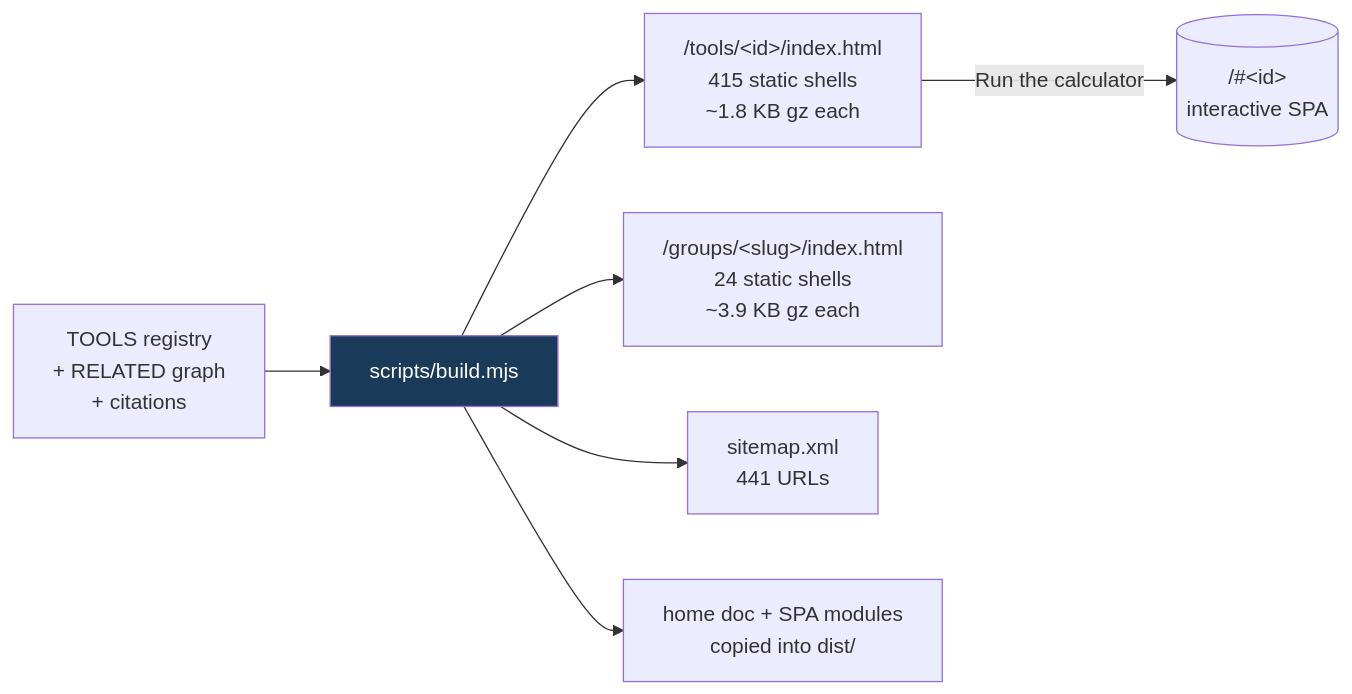
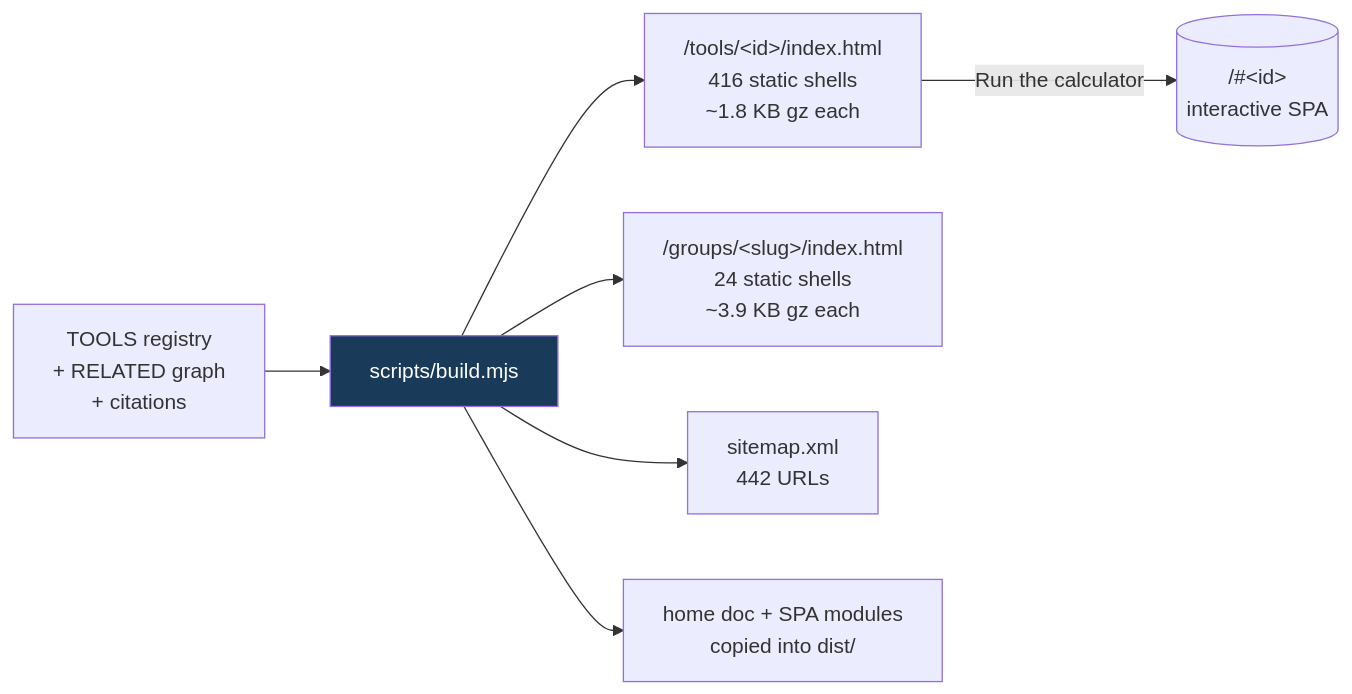
One commit to clay-good/roughlogic.com changed the third of 5 diagrams in README.md. Above: the diagram before and after it, drawn with Mermaid. The commit also changed other lines of this file and 15 other files, not shown here.

````diff
--- a/README.md
+++ b/README.md
@@ -182,10 +182,10 @@
 ```mermaid
 flowchart LR
     SRC[TOOLS registry\n+ RELATED graph\n+ citations] --> BUILD[scripts/build.mjs]
-    BUILD --> TILE["/tools/&lt;id&gt;/index.html\n415 static shells\n~1.8 KB gz each"]
+    BUILD --> TILE["/tools/&lt;id&gt;/index.html\n416 static shells\n~1.8 KB gz each"]
     BUILD --> GROUP["/groups/&lt;slug&gt;/index.html\n24 static shells\n~3.9 KB gz each"]
-    BUILD --> MAP["sitemap.xml\n441 URLs"]
+    BUILD --> MAP["sitemap.xml\n442 URLs"]
     BUILD --> COPY[home doc + SPA modules\ncopied into dist/]
     TILE -->|Run the calculator| SPA[("/#&lt;id&gt;\ninteractive SPA")]
     style BUILD fill:#1a3a5a,color:#fff
 ```
````
